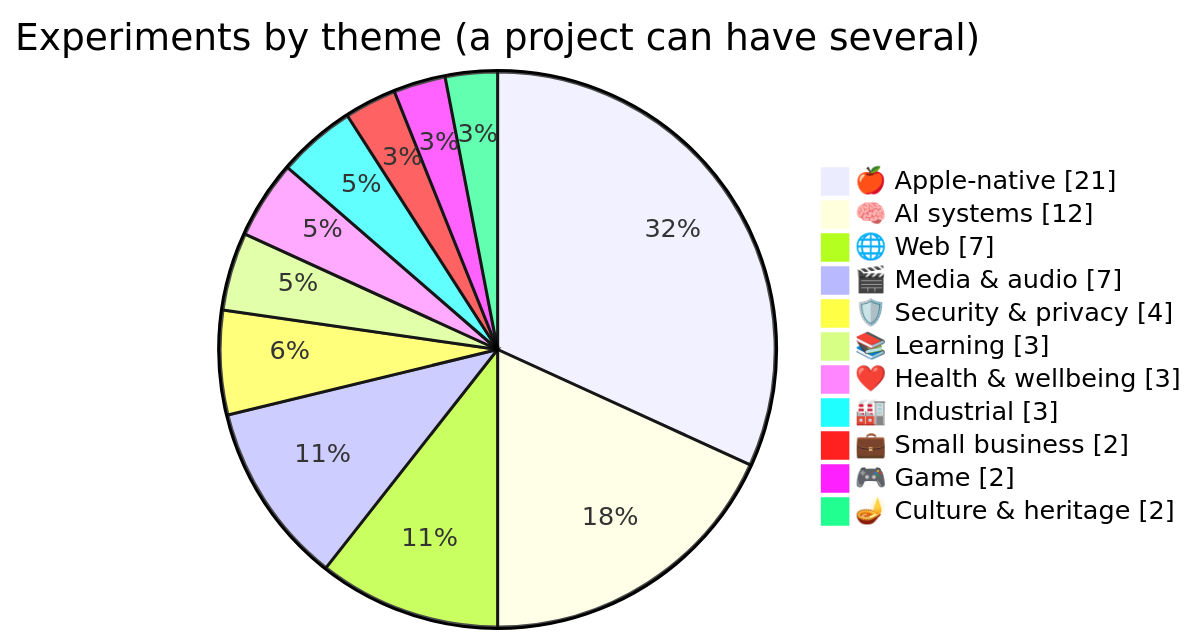
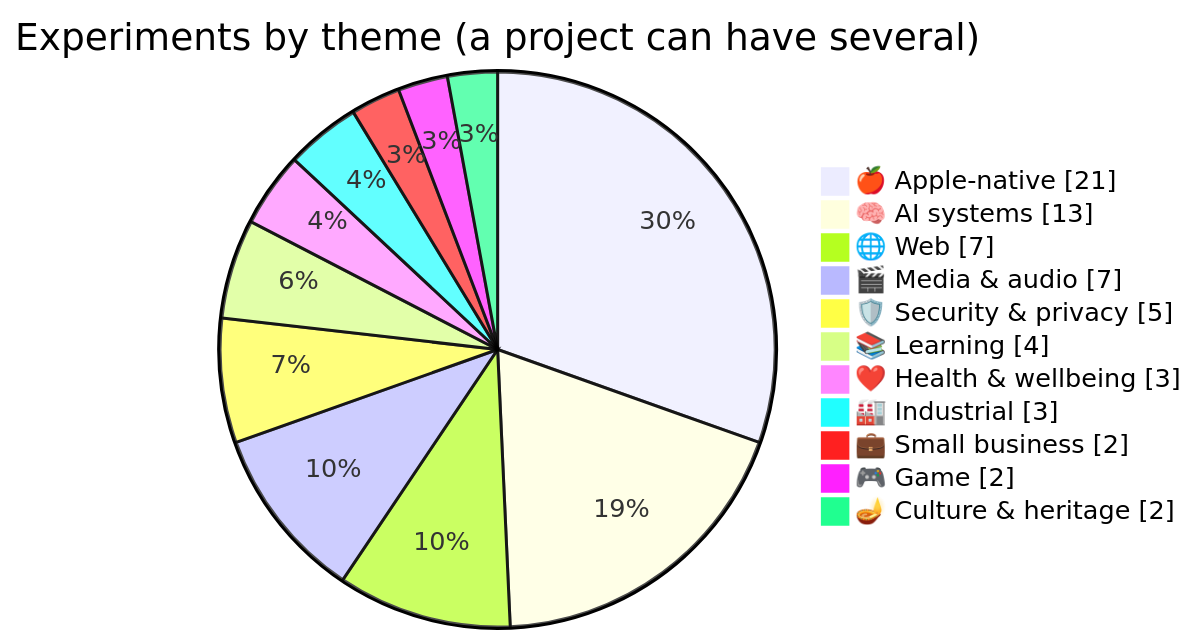
Before and after one commit to jhasanjiv5/30_day_30_ideas: the diagram in README.md, drawn with Mermaid. The commit also changed other lines of this file and 50 other files, not shown here.

````diff
--- a/README.md
+++ b/README.md
@@ -80,14 +80,14 @@
 ```mermaid
 pie showData title Experiments by theme (a project can have several)
     "🍎 Apple-native" : 21
-    "🧠 AI systems" : 12
+    "🧠 AI systems" : 13
     "🌐 Web" : 7
     "🎬 Media & audio" : 7
-    "🛡️ Security & privacy" : 4
-    "📚 Learning" : 3
+    "🛡️ Security & privacy" : 5
+    "📚 Learning" : 4
     "❤️ Health & wellbeing" : 3
     "🏭 Industrial" : 3
     "💼 Small business" : 2
     "🎮 Game" : 2
     "🪔 Culture & heritage" : 2
 ```
````
